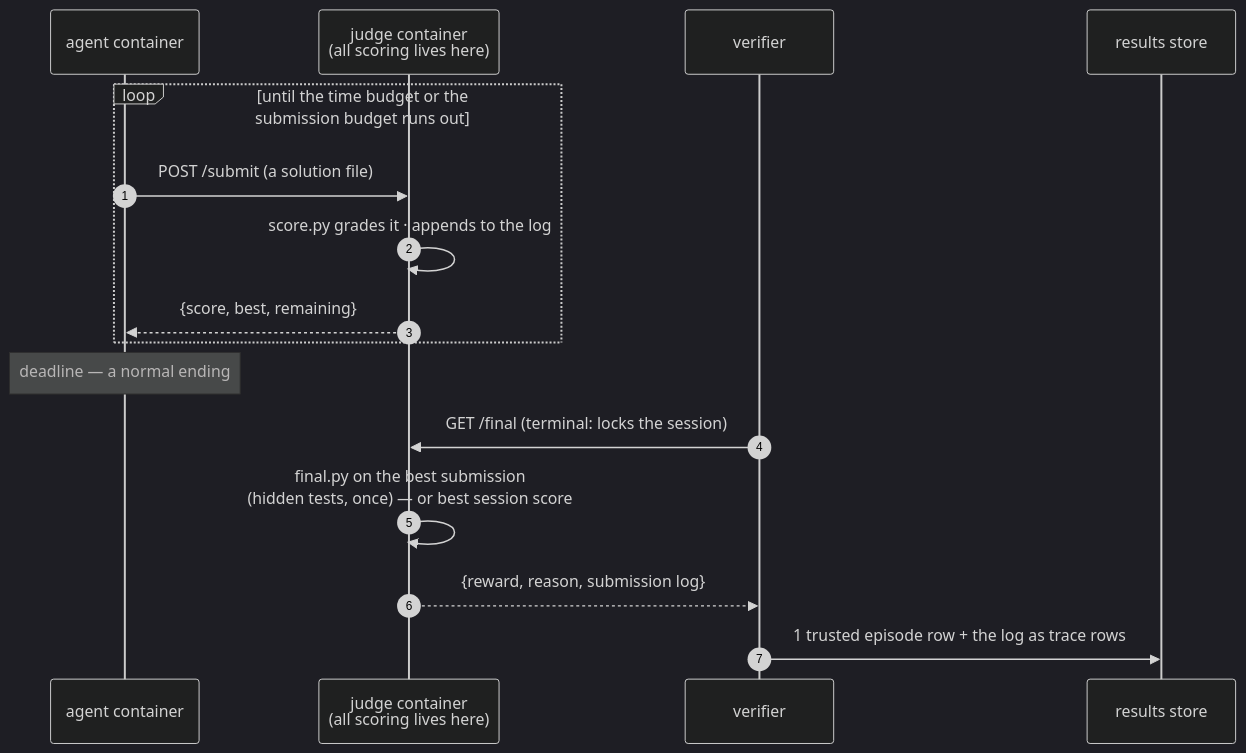
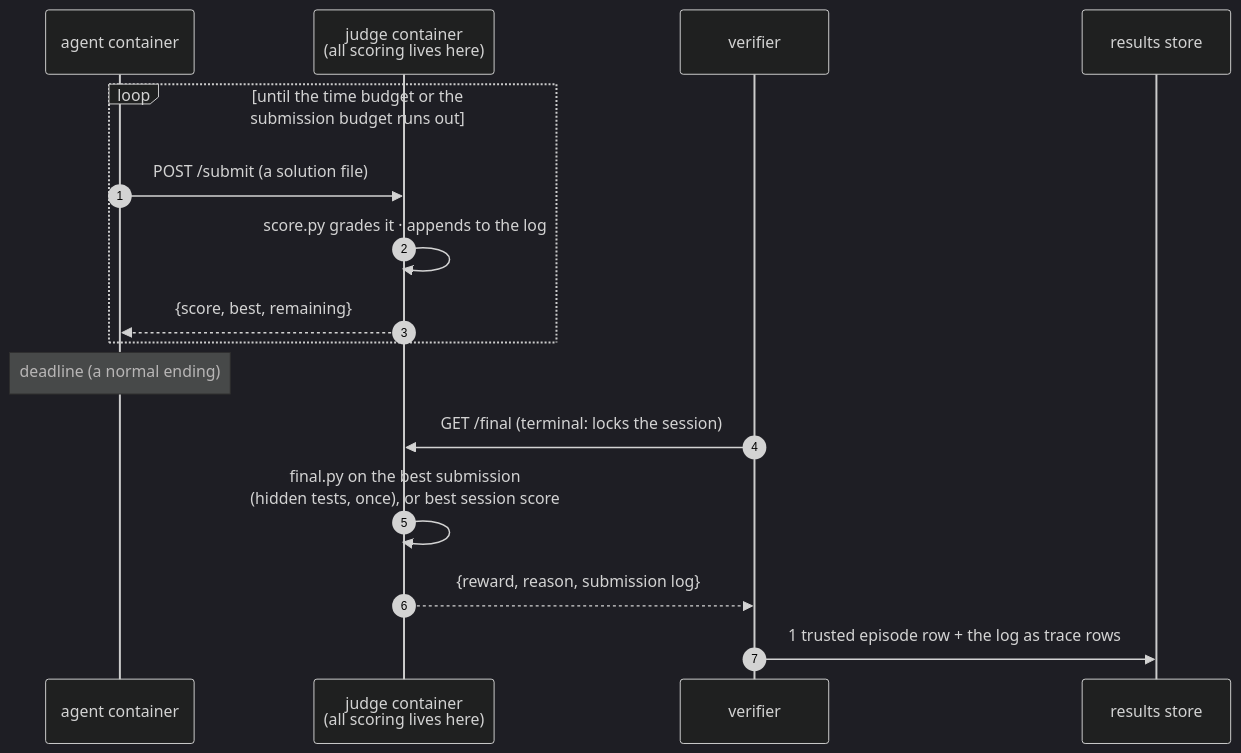
One commit to Human-Agent-Society/tide-eval changed the diagram in docs/introduction/design.md. Above: the diagram before and after it, drawn with Mermaid (dark theme). The commit also changed other lines of this file and 28 other files, not shown here.

````diff
--- a/docs/introduction/design.md
+++ b/docs/introduction/design.md
@@ -30,19 +30,19 @@
 ```mermaid
 sequenceDiagram
     autonumber
     participant A as agent container
     participant J as judge container<br/>(all scoring lives here)
     participant V as verifier
     participant S as results store
 
     loop until the time budget or the submission budget runs out
         A->>J: POST /submit (a solution file)
         J->>J: score.py grades it · appends to the log
         J-->>A: {score, best, remaining}
     end
-    Note over A: deadline — a normal ending
+    Note over A: deadline (a normal ending)
     V->>J: GET /final (terminal: locks the session)
-    J->>J: final.py on the best submission<br/>(hidden tests, once) — or best session score
+    J->>J: final.py on the best submission<br/>(hidden tests, once), or best session score
     J-->>V: {reward, reason, submission log}
     V->>S: 1 trusted episode row + the log as trace rows
 ```
````
